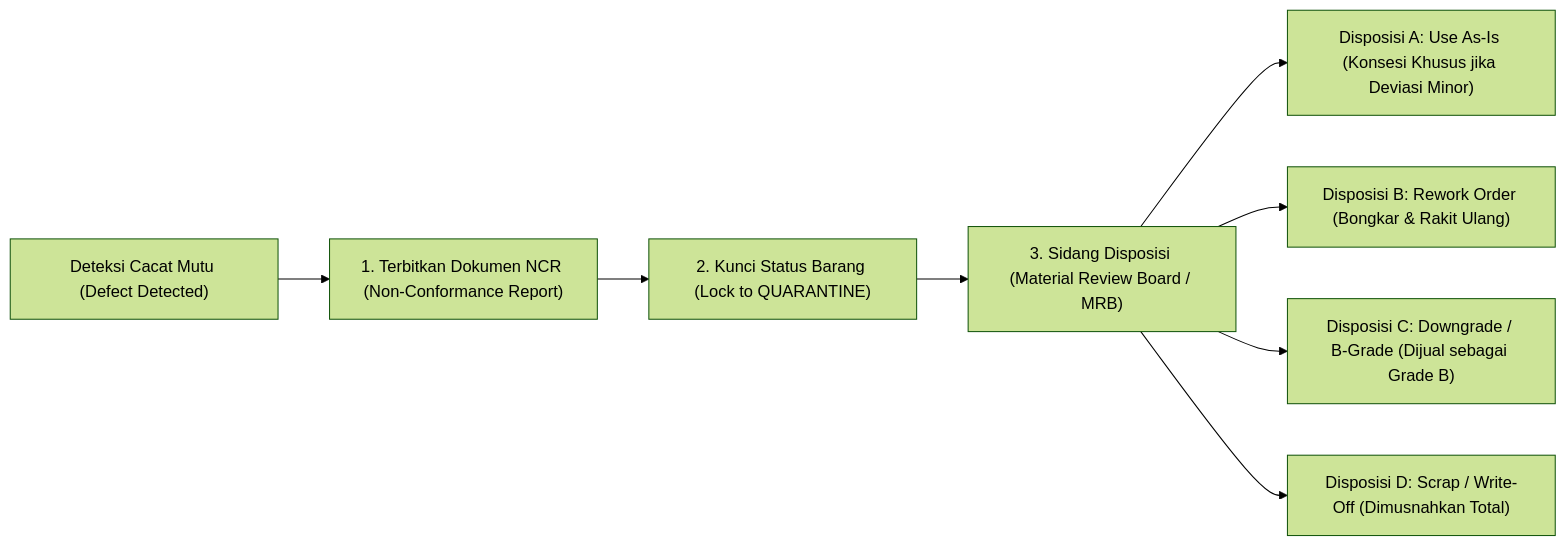
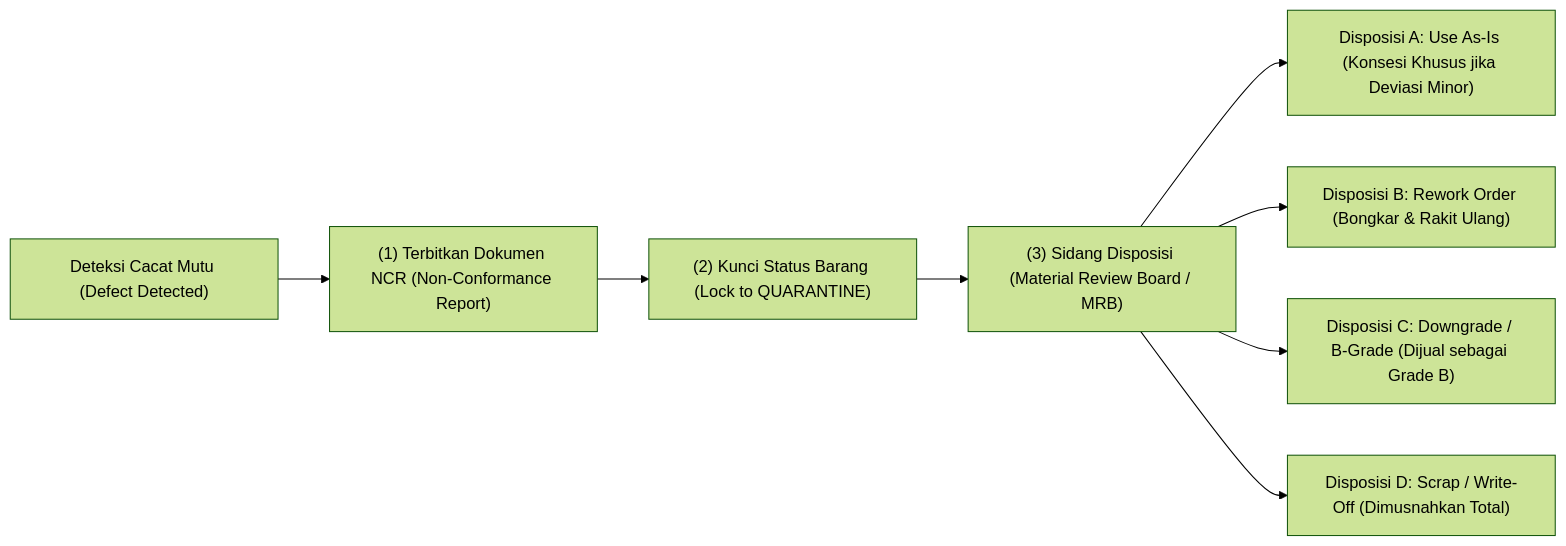
Before and after one commit to alimurrofid/erp-notes: the second of 2 diagrams in content/06-manufacturing/production-quality-and-rework.md, drawn with Mermaid (forest theme). The commit also changed other lines of this file and 132 other files, not shown here.

````diff
--- a/content/06-manufacturing/production-quality-and-rework.md
+++ b/content/06-manufacturing/production-quality-and-rework.md
@@ -64,12 +64,12 @@
 ```mermaid
 flowchart LR
     Fail["Deteksi Cacat Mutu (Defect Detected)"]
-    --> NCR["1. Terbitkan Dokumen NCR (Non-Conformance Report)"]
-    --> Lock["2. Kunci Status Barang (Lock to QUARANTINE)"]
-    --> MRB["3. Sidang Disposisi (Material Review Board / MRB)"]
+    --> NCR["(1) Terbitkan Dokumen NCR (Non-Conformance Report)"]
+    --> Lock["(2) Kunci Status Barang (Lock to QUARANTINE)"]
+    --> MRB["(3) Sidang Disposisi (Material Review Board / MRB)"]
     
     MRB --> D1["Disposisi A: Use As-Is (Konsesi Khusus jika Deviasi Minor)"]
     MRB --> D2["Disposisi B: Rework Order (Bongkar & Rakit Ulang)"]
     MRB --> D3["Disposisi C: Downgrade / B-Grade (Dijual sebagai Grade B)"]
     MRB --> D4["Disposisi D: Scrap / Write-Off (Dimusnahkan Total)"]
 ```
````
